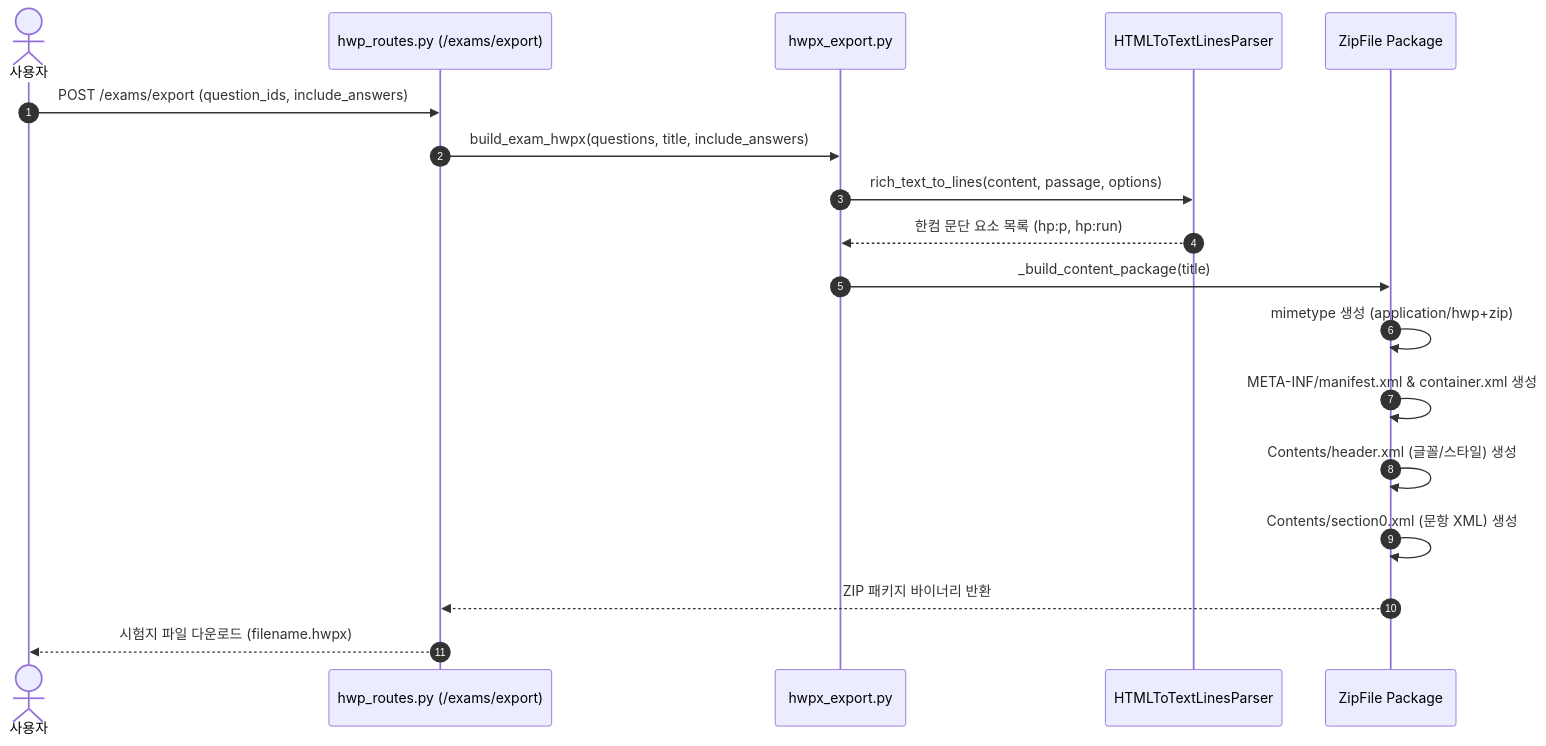
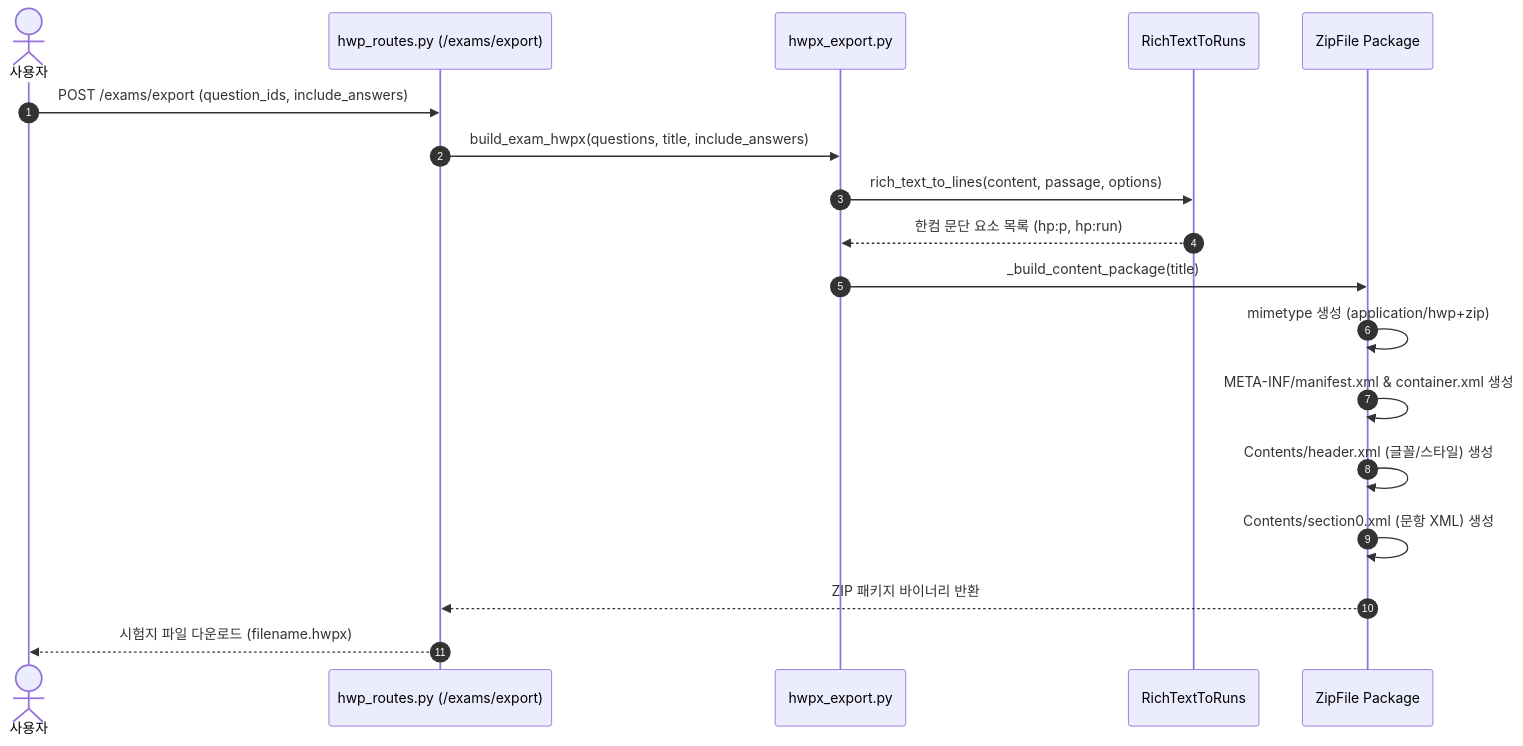
Before and after one commit to Hwi0228/hexora: the second of 2 diagrams in docs/hwp-parsing-and-export.md, drawn with Mermaid. The commit also changed other lines of this file and 3 other files, not shown here.

````diff
--- a/docs/hwp-parsing-and-export.md
+++ b/docs/hwp-parsing-and-export.md
@@ -38,22 +38,22 @@
 ```mermaid
 sequenceDiagram
     autonumber
     actor User as 사용자
     participant Route as hwp_routes.py (/exams/export)
     participant Exporter as hwpx_export.py
-    participant Parser as HTMLToTextLinesParser
+    participant Parser as RichTextToRuns
     participant Zip as ZipFile Package
 
     User->>Route: POST /exams/export (question_ids, include_answers)
     Route->>Exporter: build_exam_hwpx(questions, title, include_answers)
     Exporter->>Parser: rich_text_to_lines(content, passage, options)
     Parser-->>Exporter: 한컴 문단 요소 목록 (hp:p, hp:run)
 
     Exporter->>Zip: _build_content_package(title)
     Zip->>Zip: mimetype 생성 (application/hwp+zip)
     Zip->>Zip: META-INF/manifest.xml & container.xml 생성
     Zip->>Zip: Contents/header.xml (글꼴/스타일) 생성
     Zip->>Zip: Contents/section0.xml (문항 XML) 생성
     Zip-->>Route: ZIP 패키지 바이너리 반환
     Route-->>User: 시험지 파일 다운로드 (filename.hwpx)
 ```
````
